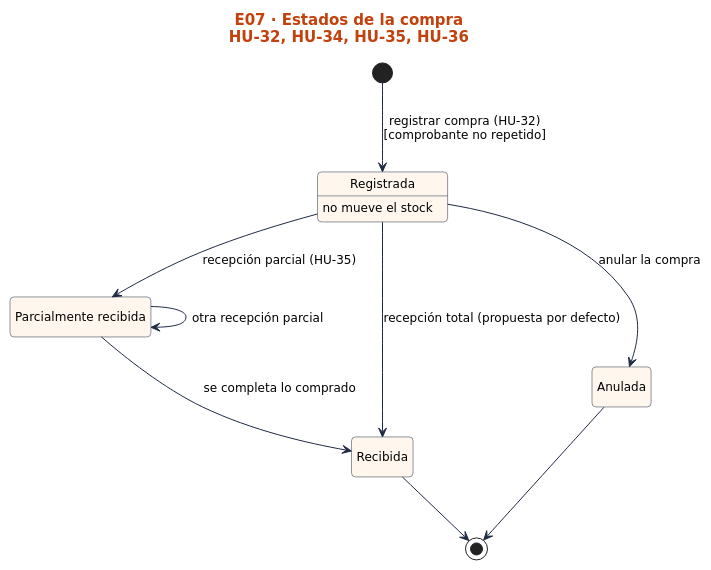
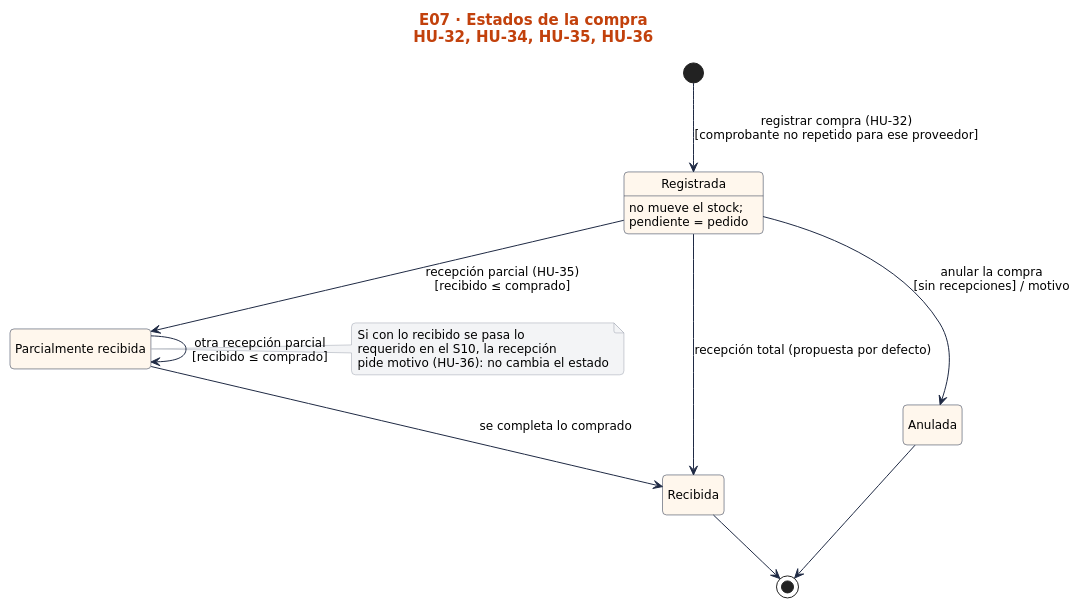
Before and after one commit to nandoestebanif/sevens-sigro: the diagram in docs/generales/estados/e07-compra.puml, drawn with PlantUML. The commit also changed 56 other files, not shown here.

First line of the commit message:
docs(sprint-2): diagramas a medida de 12 HU, estados E06/E07/E12 y guía de Adiel

```diff
--- a/docs/generales/estados/e07-compra.puml
+++ b/docs/generales/estados/e07-compra.puml
@@ -1,46 +1,48 @@
 @startuml
 skinparam defaultFontName "DejaVu Sans"
 skinparam defaultFontSize 12
 skinparam shadowing false
 skinparam roundCorner 8
 skinparam ArrowColor #1F2A44
 skinparam ActivityBorderColor #1F2A44
 skinparam ActivityBackgroundColor #FFF7ED
 skinparam ActivityDiamondBackgroundColor #FEF3C7
 skinparam ActivityDiamondBorderColor #92400E
 skinparam SwimlaneTitleFontStyle bold
 skinparam SwimlaneTitleFontColor #1F2A44
 skinparam SwimlaneBorderColor #9CA3AF
 skinparam PartitionBorderColor #9CA3AF
 skinparam ParticipantBorderColor #1F2A44
 skinparam ParticipantBackgroundColor #FFF7ED
 skinparam ActorBorderColor #1F2A44
 skinparam ActorBackgroundColor #FFF7ED
 skinparam DatabaseBorderColor #1F2A44
 skinparam DatabaseBackgroundColor #E0E7FF
 skinparam SequenceLifeLineBorderColor #9CA3AF
 skinparam SequenceGroupBorderColor #C2410C
 skinparam SequenceGroupHeaderFontColor #C2410C
 skinparam StateBorderColor #1F2A44
 skinparam StateBackgroundColor #FFF7ED
 skinparam StateStartColor #1F2A44
 skinparam StateEndColor #1F2A44
 skinparam NoteBackgroundColor #F3F4F6
 skinparam NoteBorderColor #9CA3AF
 skinparam TitleFontSize 15
 skinparam TitleFontColor #C2410C
 skinparam ClassBorderColor #1F2A44
 skinparam ClassBackgroundColor #FFF7ED
+
 hide empty description
 title E07 · Estados de la compra\nHU-32, HU-34, HU-35, HU-36
-[*] --> Registrada : registrar compra (HU-32)\n[comprobante no repetido]
-Registrada : no mueve el stock
-Registrada --> ParcialmenteRecibida : recepción parcial (HU-35)
+[*] --> Registrada : registrar compra (HU-32)\n[comprobante no repetido para ese proveedor]
+Registrada : no mueve el stock;\npendiente = pedido
+Registrada --> ParcialmenteRecibida : recepción parcial (HU-35)\n[recibido ≤ comprado]
 state "Parcialmente recibida" as ParcialmenteRecibida
-ParcialmenteRecibida --> ParcialmenteRecibida : otra recepción parcial
+ParcialmenteRecibida --> ParcialmenteRecibida : otra recepción parcial\n[recibido ≤ comprado]
 ParcialmenteRecibida --> Recibida : se completa lo comprado
 Registrada --> Recibida : recepción total (propuesta por defecto)
-Registrada --> Anulada : anular la compra
+Registrada --> Anulada : anular la compra\n[sin recepciones] / motivo
+note right of ParcialmenteRecibida : Si con lo recibido se pasa lo\nrequerido en el S10, la recepción\npide motivo (HU-36): no cambia el estado
 Recibida --> [*]
 Anulada --> [*]
 @enduml
```
